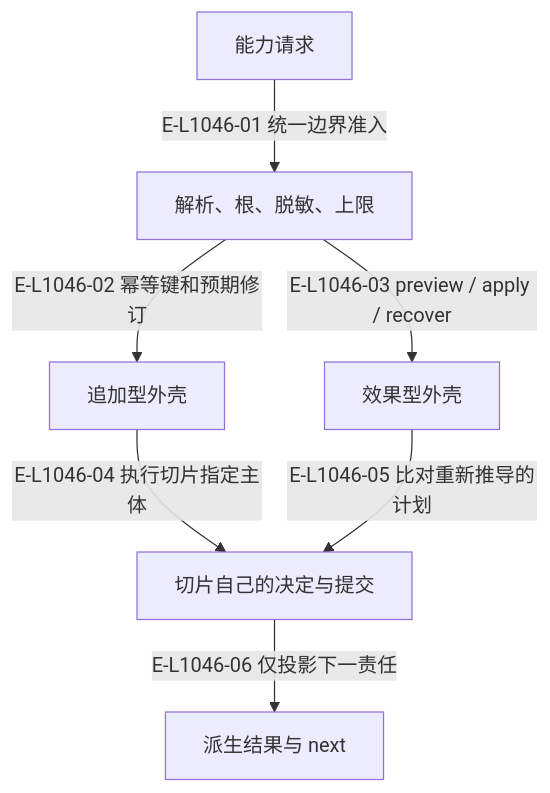
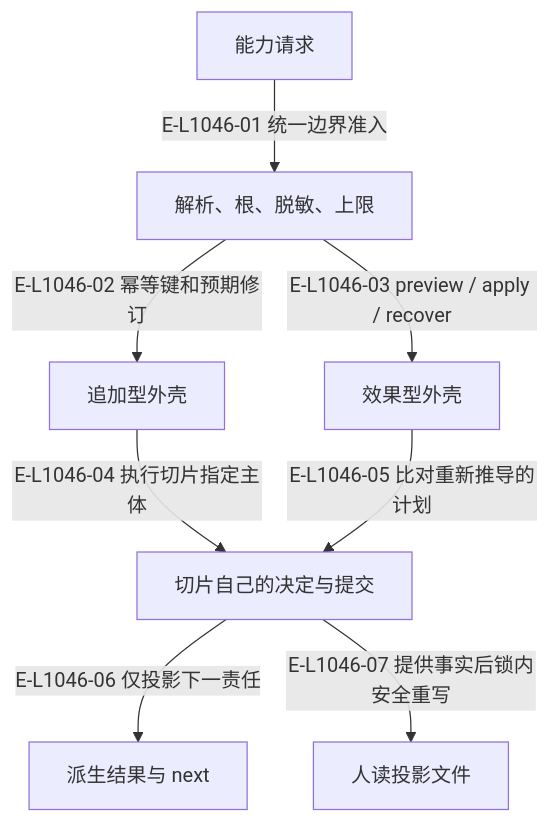
The diagram in wakeflow-architecture-atlas/maps/11-kernel/README.md (GxFn/Wakeflow), drawn with Mermaid before and after one commit. The commit also changed other lines of this file and 61 other files, not shown here.

````diff
--- a/wakeflow-architecture-atlas/maps/11-kernel/README.md
+++ b/wakeflow-architecture-atlas/maps/11-kernel/README.md
@@ -136,17 +136,19 @@
 ```mermaid
 flowchart TB
   accTitle: 共同命令外壳与两种变更形状
   accDescr: 共同命令外壳与两种变更形状；箭头区分当前代码步骤、返回事实与明确的条件。
   request["能力请求"]
   shell["解析、根、脱敏、上限"]
   append["追加型外壳"]
   effect["效果型外壳"]
   owner["切片自己的决定与提交"]
   next["派生结果与 next"]
+  projection["人读投影文件"]
   request -->|"E-L1046-01 统一边界准入"| shell
   shell -->|"E-L1046-02 幂等键和预期修订"| append
   shell -->|"E-L1046-03 preview / apply / recover"| effect
   append -->|"E-L1046-04 执行切片指定主体"| owner
   effect -->|"E-L1046-05 比对重新推导的计划"| owner
   owner -->|"E-L1046-06 仅投影下一责任"| next
+  owner -->|"E-L1046-07 提供事实后锁内安全重写"| projection
 ```
````
